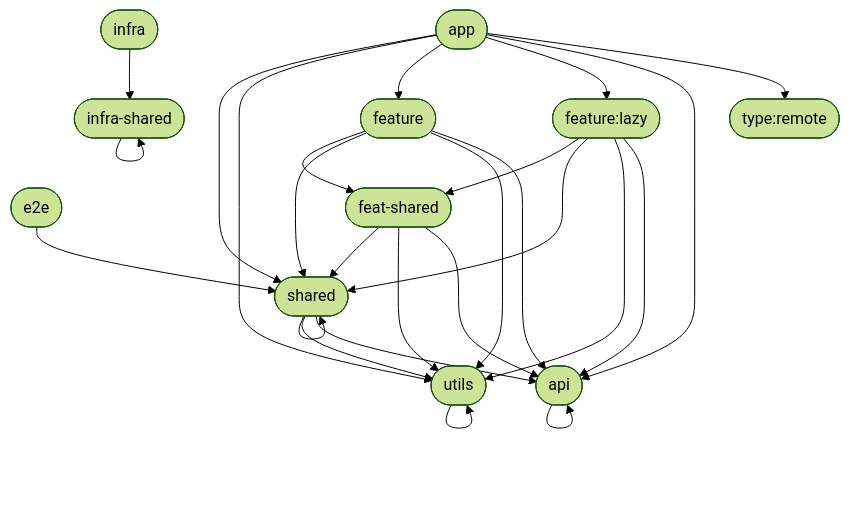
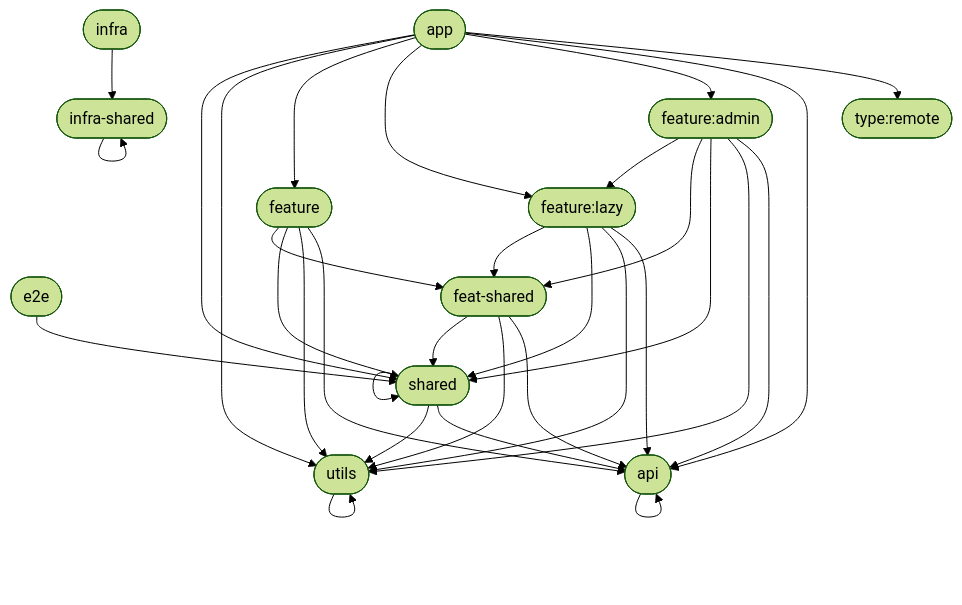
The second of 4 diagrams in docs/architecture/README.md (WolfSoko/wol-sok-mono), drawn with Mermaid (forest theme) before and after one commit. The commit also changed other lines of this file, not shown here.

First line of the commit message:
docs(tools): 📚️ refresh architecture diagrams

````diff
--- a/docs/architecture/README.md
+++ b/docs/architecture/README.md
@@ -55,39 +55,46 @@
 ```mermaid
 flowchart TD
   api(["api"])
   app(["app"])
   e2e(["e2e"])
   feat_shared(["feat-shared"])
   feature(["feature"])
+  feature_admin(["feature:admin"])
   feature_lazy(["feature:lazy"])
   infra(["infra"])
   infra_shared(["infra-shared"])
   shared(["shared"])
   type_remote(["type:remote"])
   utils(["utils"])
   app --> shared
   app --> utils
   app --> feature
   app --> feature_lazy
+  app --> feature_admin
   app --> api
   app --> type_remote
   infra --> infra_shared
   infra_shared --> infra_shared
   e2e --> shared
   feature --> feat_shared
   feature --> shared
   feature --> utils
   feature --> api
   feature_lazy --> feat_shared
   feature_lazy --> shared
   feature_lazy --> utils
   feature_lazy --> api
+  feature_admin --> feature_lazy
+  feature_admin --> feat_shared
+  feature_admin --> shared
+  feature_admin --> utils
+  feature_admin --> api
   feat_shared --> shared
   feat_shared --> utils
   feat_shared --> api
   shared --> shared
   shared --> utils
   shared --> api
   utils --> utils
   api --> api
 ```
````
